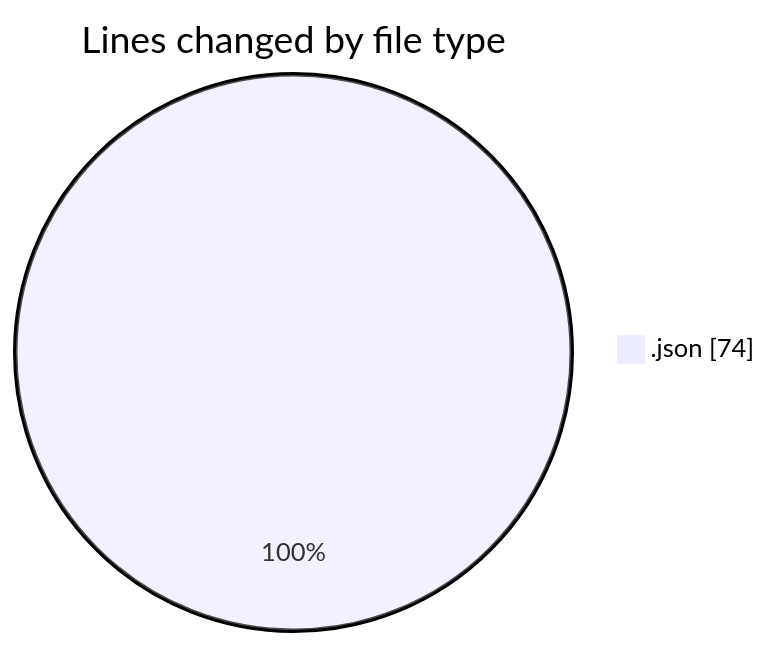
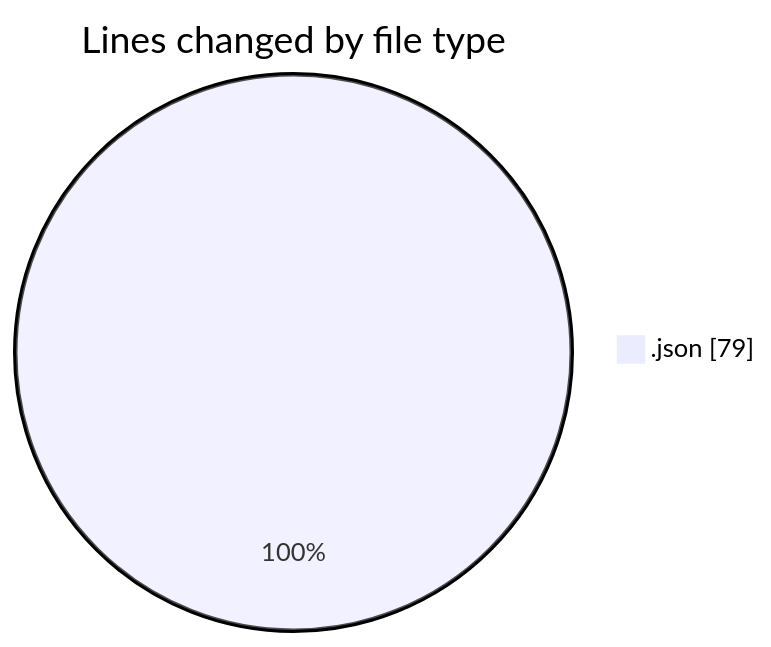
Before and after one commit to nxtqubesakshisongat/code-tracking: the first of 2 diagrams in 2026-05-21/nxtqube_webapp/README.md, drawn with Mermaid. The commit also changed other lines of this file and 1 other file, not shown here.

````diff
--- a/2026-05-21/nxtqube_webapp/README.md
+++ b/2026-05-21/nxtqube_webapp/README.md
@@ -20,5 +20,5 @@
 ```mermaid
 pie showData
 title Lines changed by file type
-".json" : 74
+".json" : 79
 ```
````
